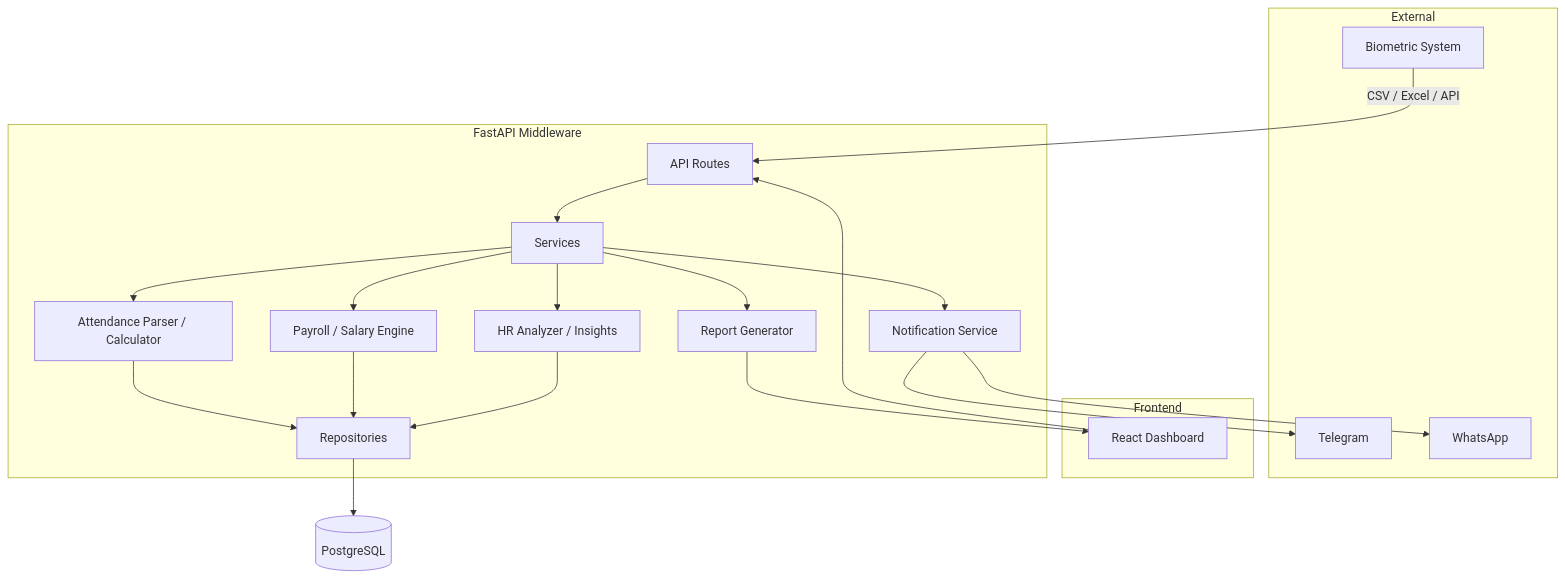
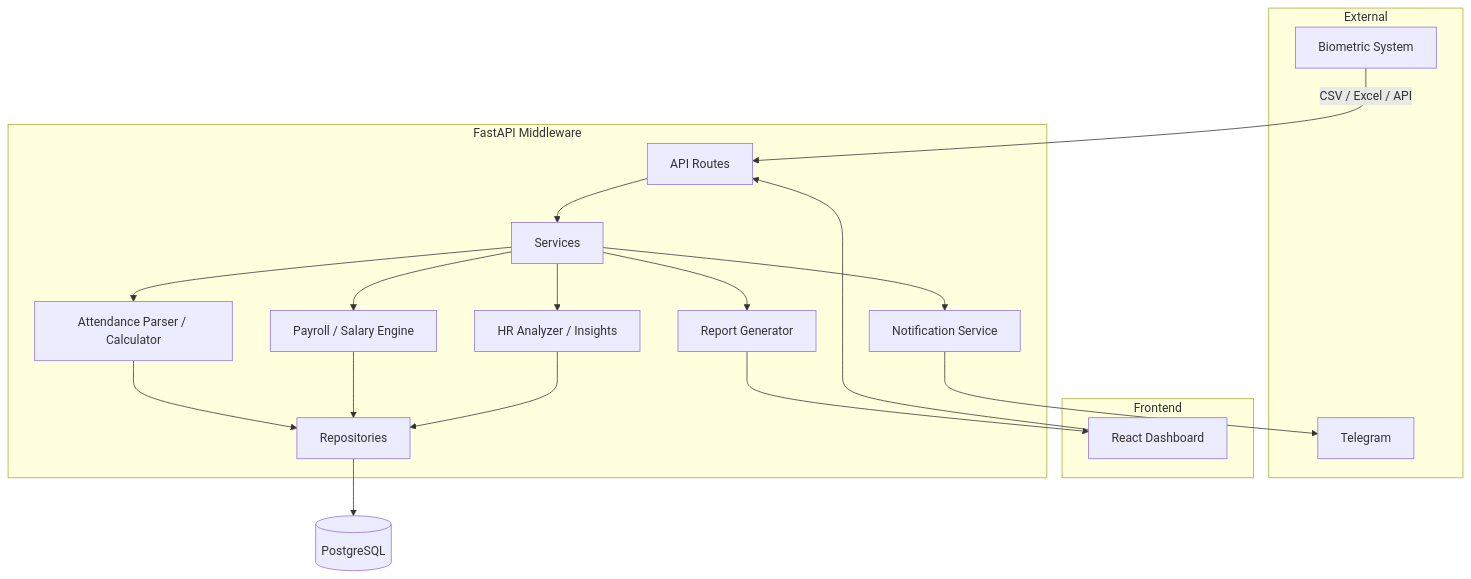
Before and after one commit to Lukhman22/AI_Attendance_Agent: the diagram in README.md, drawn with Mermaid. The commit also changed other lines of this file and 51 other files, not shown here.

````diff
--- a/README.md
+++ b/README.md
@@ -19,41 +19,39 @@
 ```mermaid
 flowchart TB
     subgraph External
         BIO[Biometric System]
         TG[Telegram]
-        WA[WhatsApp]
     end
 
     subgraph Frontend
         UI[React Dashboard]
     end
 
     subgraph Backend["FastAPI Middleware"]
         API[API Routes]
         SVC[Services]
         ATT[Attendance Parser / Calculator]
         PAY[Payroll / Salary Engine]
         AI[HR Analyzer / Insights]
         RPT[Report Generator]
         NOT[Notification Service]
         REPO[Repositories]
     end
 
     DB[(PostgreSQL)]
 
     BIO -->|CSV / Excel / API| API
     UI --> API
     API --> SVC
     SVC --> ATT
     SVC --> PAY
     SVC --> AI
     SVC --> RPT
     SVC --> NOT
     ATT --> REPO
     PAY --> REPO
     AI --> REPO
     REPO --> DB
     NOT --> TG
-    NOT --> WA
     RPT --> UI
 ```
````
